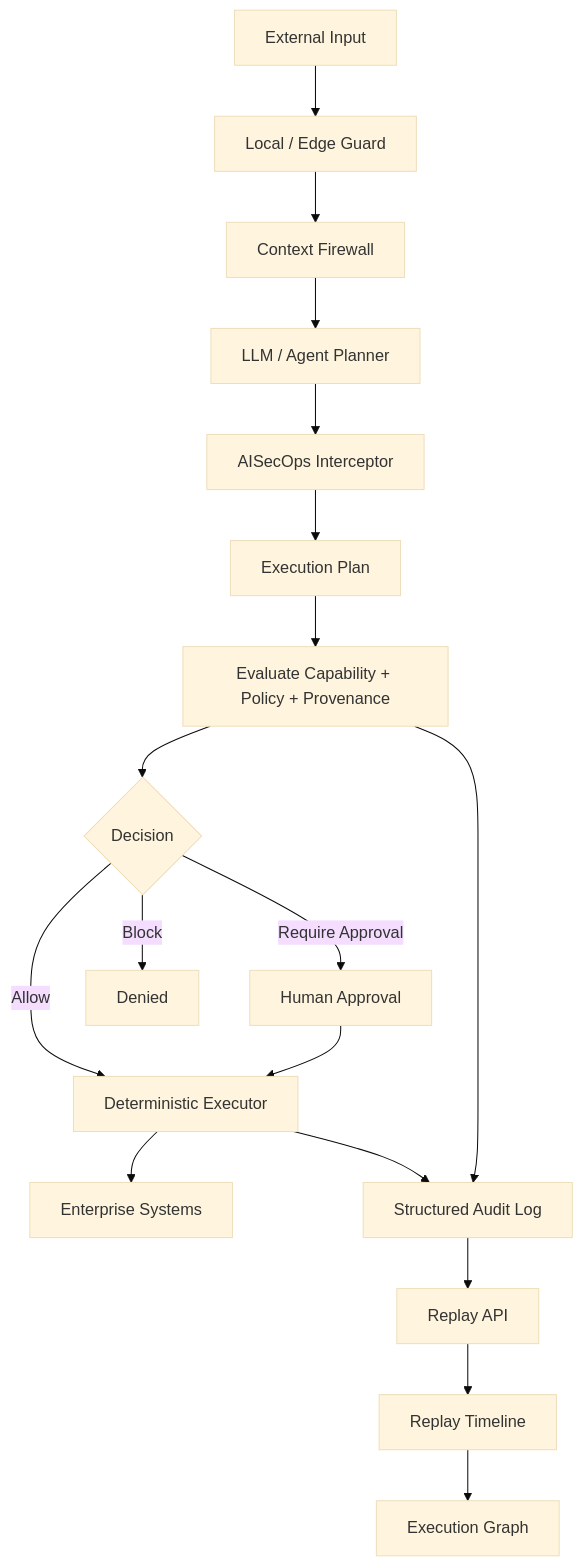
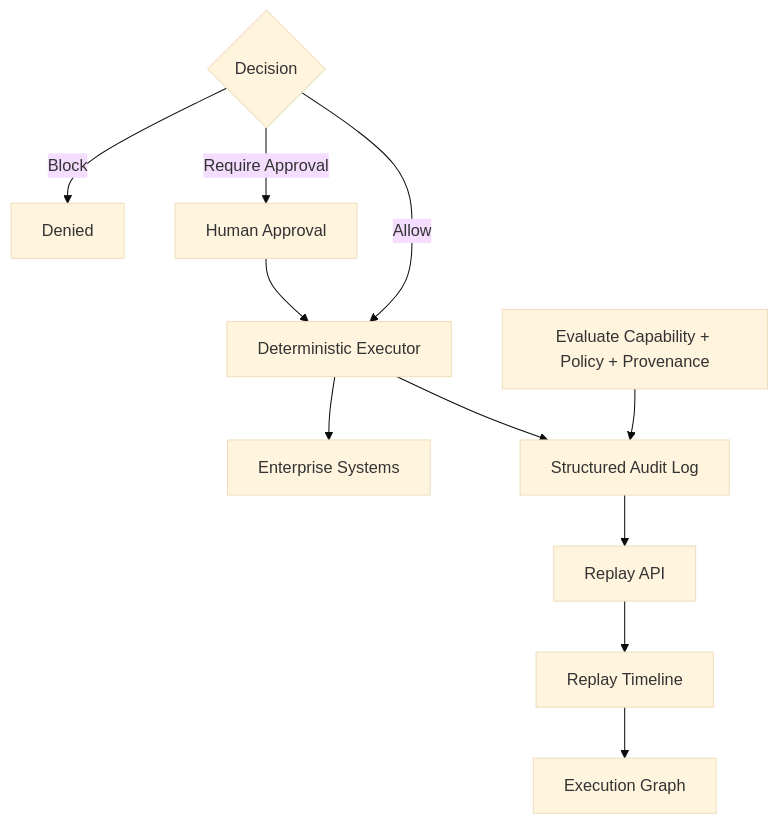
The second of 9 diagrams in src/content/whitepapers/aisecops-v0.3.md (viplavfauzdar/aisecops-site), drawn with Mermaid (base theme) before and after one commit. The commit also changed other lines of this file and 2 other files, not shown here.

Commit message:
fix: improve whitepaper diagram pagination

````diff
--- a/src/content/whitepapers/aisecops-v0.3.md
+++ b/src/content/whitepapers/aisecops-v0.3.md
@@ -76,37 +96,24 @@
 ```mermaid
 flowchart TB
-  INPUT[External Input]
-  LOCAL[Local / Edge Guard]
-  CF[Context Firewall]
-  PLANNER[LLM / Agent Planner]
-  INTERCEPTOR[AISecOps Interceptor]
-  PLAN[Execution Plan]
   EVAL[Evaluate Capability + Policy + Provenance]
   DECISION{Decision}
   EXEC[Deterministic Executor]
   DENY[Denied]
   APPROVAL[Human Approval]
   TOOLS[Enterprise Systems]
   AUDIT[Structured Audit Log]
   REPLAY[Replay API]
   TIMELINE[Replay Timeline]
   GRAPH[Execution Graph]
 
-  INPUT --> LOCAL
-  LOCAL --> CF
-  CF --> PLANNER
-  PLANNER --> INTERCEPTOR
-  INTERCEPTOR --> PLAN
-  PLAN --> EVAL
-  EVAL --> DECISION
   DECISION -->|Allow| EXEC
   DECISION -->|Block| DENY
   DECISION -->|Require Approval| APPROVAL
   APPROVAL --> EXEC
   EXEC --> TOOLS
   EVAL --> AUDIT
   EXEC --> AUDIT
   AUDIT --> REPLAY
   REPLAY --> TIMELINE
   TIMELINE --> GRAPH
 ```
````
